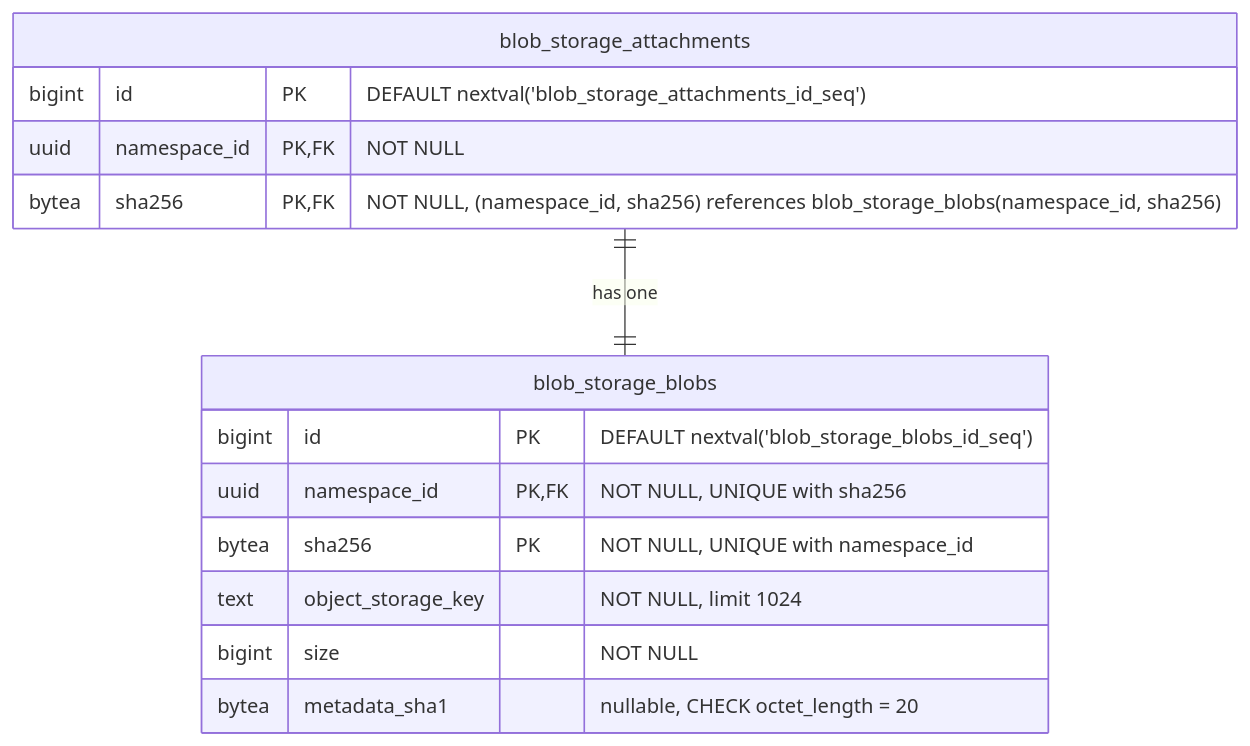
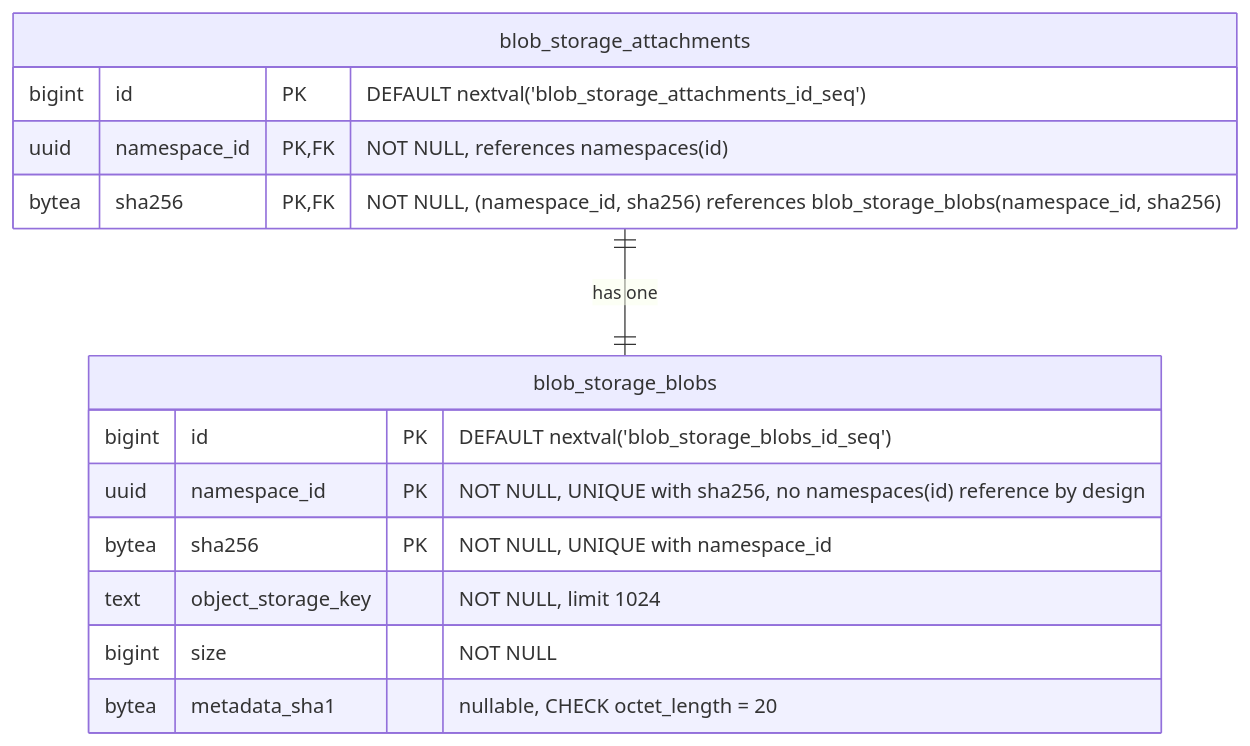
Diagram 16 of 19 in content/handbook/engineering/architecture/design-documents/artifact_registry/decisions/007_database_schema.md (kyama0/gitlab-handbook-ja), drawn with Mermaid before and after one commit. The commit also changed other lines of this file and 90 other files, not shown here.

````diff
--- a/content/handbook/engineering/architecture/design-documents/artifact_registry/decisions/007_database_schema.md
+++ b/content/handbook/engineering/architecture/design-documents/artifact_registry/decisions/007_database_schema.md
@@ -1511,19 +1555,19 @@
 ```mermaid
 erDiagram
     blob_storage_attachments ||--|| blob_storage_blobs : "has one"
 
     blob_storage_attachments {
         bigint id PK "DEFAULT nextval('blob_storage_attachments_id_seq')"
-        uuid namespace_id PK,FK "NOT NULL"
+        uuid namespace_id PK,FK "NOT NULL, references namespaces(id)"
         bytea sha256 PK,FK "NOT NULL, (namespace_id, sha256) references blob_storage_blobs(namespace_id, sha256)"
     }
 
     blob_storage_blobs {
         bigint id PK "DEFAULT nextval('blob_storage_blobs_id_seq')"
-        uuid namespace_id PK,FK "NOT NULL, UNIQUE with sha256"
+        uuid namespace_id PK "NOT NULL, UNIQUE with sha256, no namespaces(id) reference by design"
         bytea sha256 PK "NOT NULL, UNIQUE with namespace_id"
         text object_storage_key "NOT NULL, limit 1024"
         bigint size "NOT NULL"
         bytea metadata_sha1 "nullable, CHECK octet_length = 20"
     }
 ```
````
